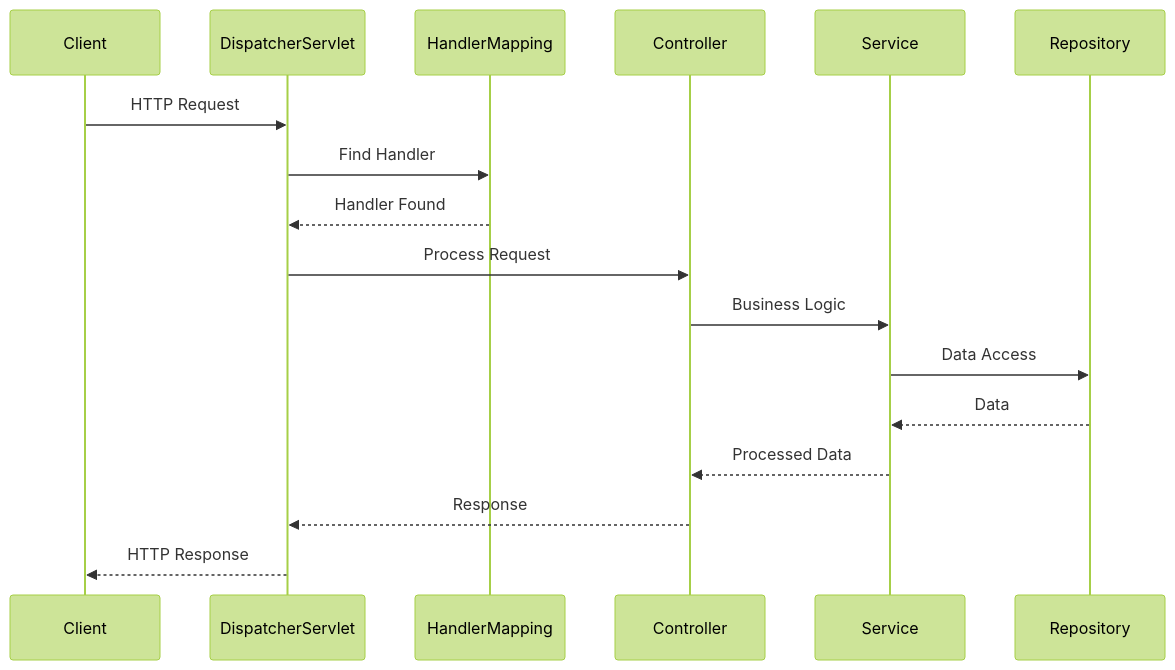
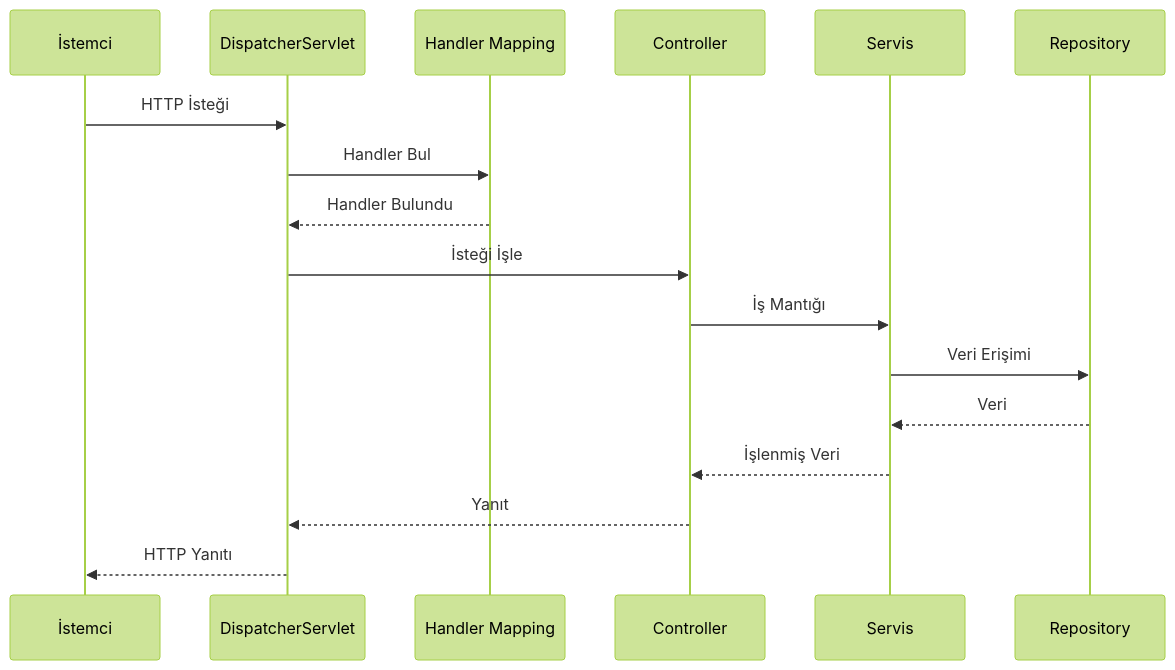
One commit to endmr11/system_design changed the first of 7 diagrams in backend/basics/request-response-model.md. Above: the diagram before and after it, drawn with Mermaid (forest theme). The commit also changed other lines of this file, not shown here.

````diff
--- a/backend/basics/request-response-model.md
+++ b/backend/basics/request-response-model.md
@@ -8,20 +8,20 @@
 ```mermaid
 sequenceDiagram
-    participant Client
-    participant DispatcherServlet
-    participant HandlerMapping
-    participant Controller
-    participant Service
-    participant Repository
+    participant Client as İstemci
+    participant DispatcherServlet as DispatcherServlet
+    participant HandlerMapping as Handler Mapping
+    participant Controller as Controller
+    participant Service as Servis
+    participant Repository as Repository
     
-    Client->>DispatcherServlet: HTTP Request
-    DispatcherServlet->>HandlerMapping: Find Handler
-    HandlerMapping-->>DispatcherServlet: Handler Found
-    DispatcherServlet->>Controller: Process Request
-    Controller->>Service: Business Logic
-    Service->>Repository: Data Access
-    Repository-->>Service: Data
-    Service-->>Controller: Processed Data
-    Controller-->>DispatcherServlet: Response
-    DispatcherServlet-->>Client: HTTP Response
+    Client->>DispatcherServlet: HTTP İsteği
+    DispatcherServlet->>HandlerMapping: Handler Bul
+    HandlerMapping-->>DispatcherServlet: Handler Bulundu
+    DispatcherServlet->>Controller: İsteği İşle
+    Controller->>Service: İş Mantığı
+    Service->>Repository: Veri Erişimi
+    Repository-->>Service: Veri
+    Service-->>Controller: İşlenmiş Veri
+    Controller-->>DispatcherServlet: Yanıt
+    DispatcherServlet-->>Client: HTTP Yanıtı
 ```
````
